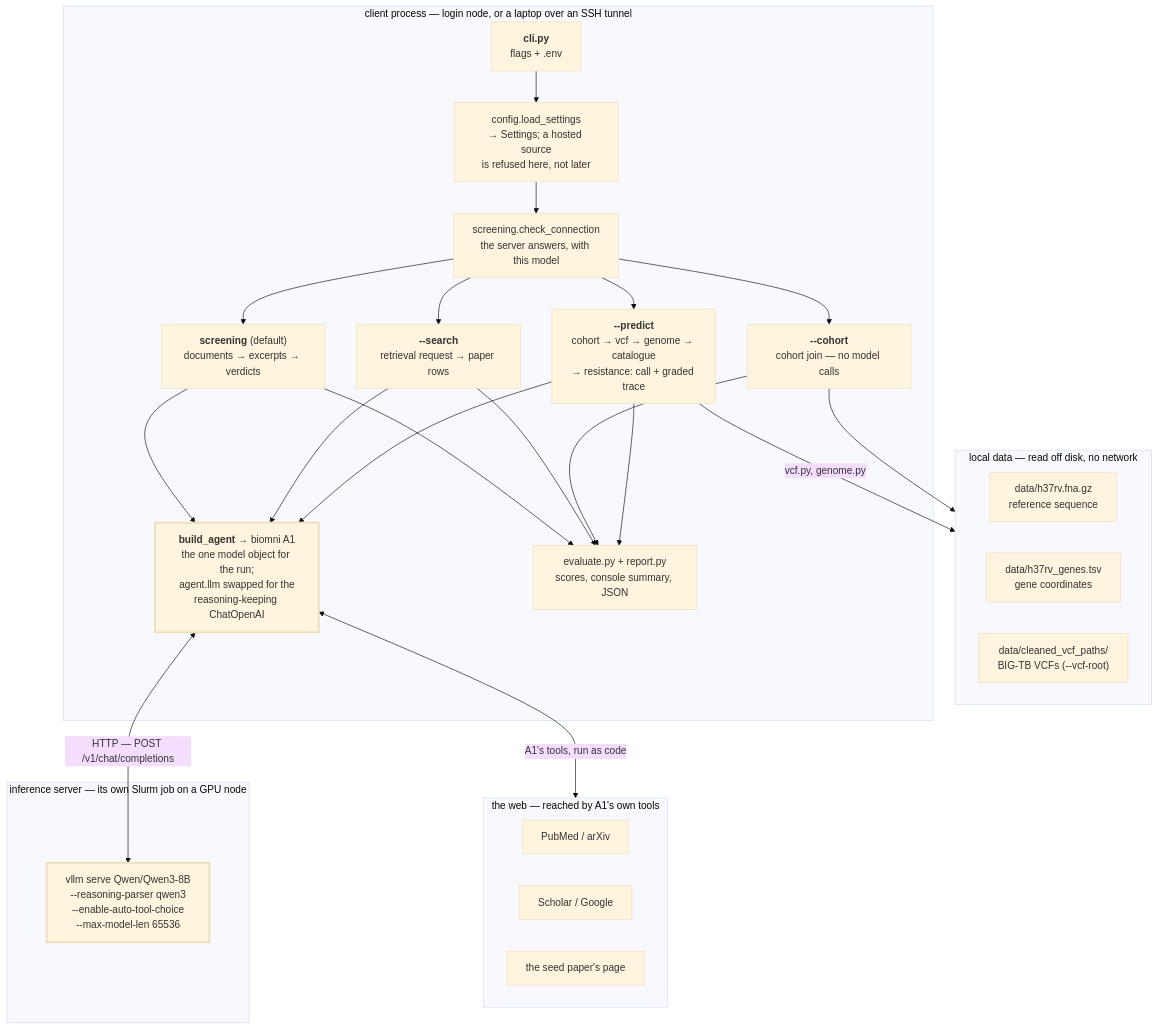
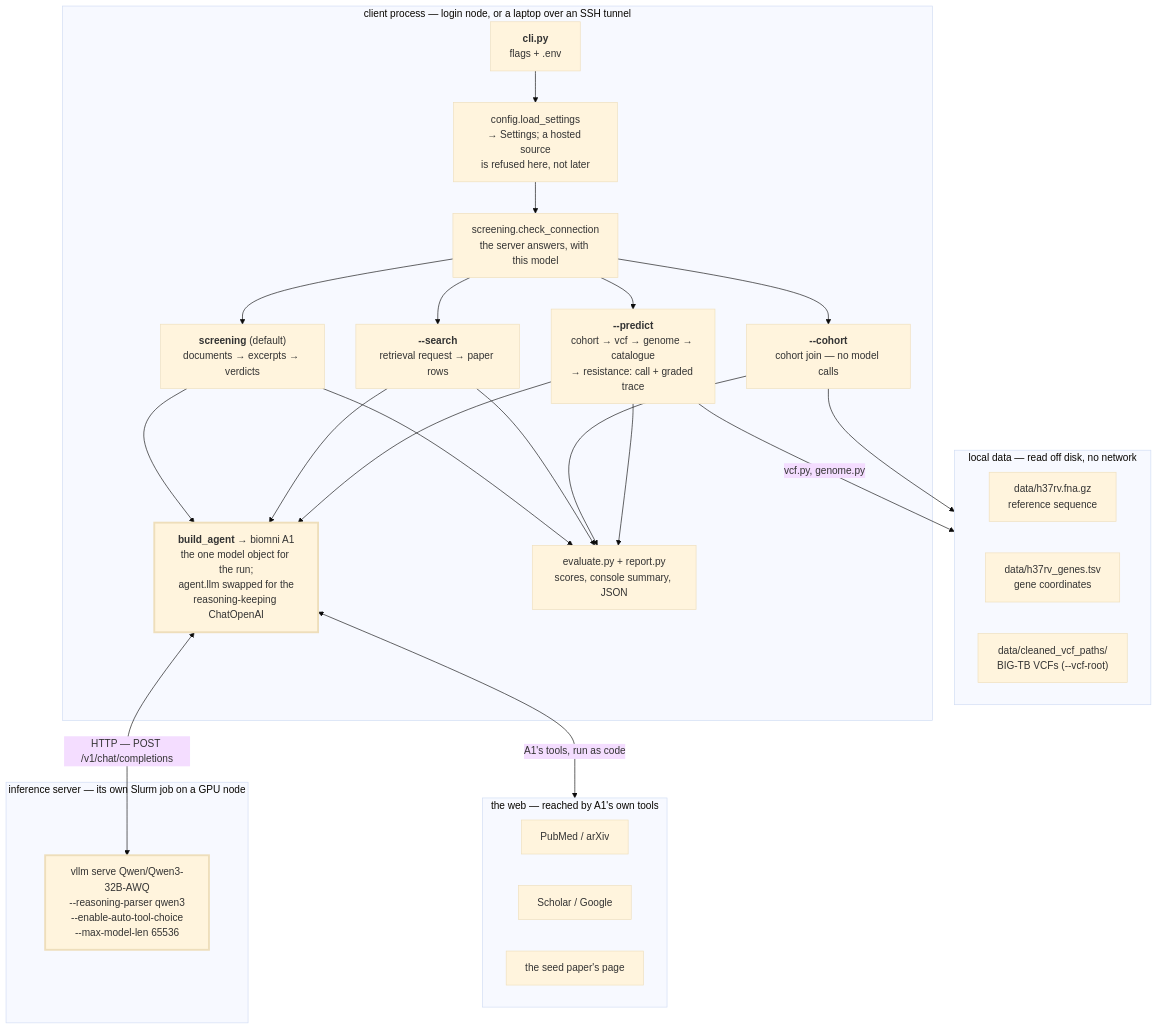
The first of 2 diagrams in README.md (sagnikc395/tb-agentic-search), drawn with Mermaid (base theme) before and after one commit. The commit also changed other lines of this file and 7 other files, not shown here.

````diff
--- a/README.md
+++ b/README.md
@@ -285,51 +288,51 @@
 ```mermaid
 flowchart TB
     subgraph ext["the web — reached by A1's own tools"]
         direction LR
         PM["PubMed / arXiv"]
         SCH["Scholar / Google"]
         URL["the seed paper's page"]
     end
 
     subgraph disk["local data — read off disk, no network"]
         direction LR
         REF["data/h37rv.fna.gz<br/>reference sequence"]
         GENES["data/h37rv_genes.tsv<br/>gene coordinates"]
         VCF["data/cleaned_vcf_paths/<br/>BIG-TB VCFs (--vcf-root)"]
     end
 
     subgraph client["client process — login node, or a laptop over an SSH tunnel"]
         CLI["<b>cli.py</b><br/>flags + .env"]
         CFG["config.load_settings<br/>→ Settings; a hosted source<br/>is refused here, not later"]
         CHK["screening.check_connection<br/>the server answers, with this model"]
 
         SCREEN["<b>screening</b> (default)<br/>documents → excerpts → verdicts"]
         SEARCH["<b>--search</b><br/>retrieval request → paper rows"]
         COHORT["<b>--cohort</b><br/>cohort join — no model calls"]
         PREDICT["<b>--predict</b><br/>cohort → vcf → genome → catalogue<br/>→ resistance: call + graded trace"]
 
         MODEL["<b>build_agent</b> → biomni A1<br/>the one model object for the run;<br/>agent.llm swapped for the<br/>reasoning-keeping ChatOpenAI"]
         REPORT["evaluate.py + report.py<br/>scores, console summary, JSON"]
     end
 
     subgraph server["inference server — its own Slurm job on a GPU node"]
-        VLLM["vllm serve Qwen/Qwen3-8B<br/>--reasoning-parser qwen3<br/>--enable-auto-tool-choice<br/>--max-model-len 65536"]
+        VLLM["vllm serve Qwen/Qwen3-32B-AWQ<br/>--reasoning-parser qwen3<br/>--enable-auto-tool-choice<br/>--max-model-len 65536"]
     end
 
     CLI --> CFG --> CHK
     CHK --> SCREEN & SEARCH & COHORT & PREDICT
     MODEL <-->|"A1's tools, run as code"| ext
     PREDICT -->|"vcf.py, genome.py"| disk
     COHORT --> disk
     SCREEN --> MODEL
     SEARCH --> MODEL
     PREDICT --> MODEL
     MODEL <-->|"HTTP — POST /v1/chat/completions"| VLLM
     SCREEN --> REPORT
     SEARCH --> REPORT
     COHORT --> REPORT
     PREDICT --> REPORT
 
     classDef boundary stroke-width:3px
     class MODEL,VLLM boundary
 ```
````
